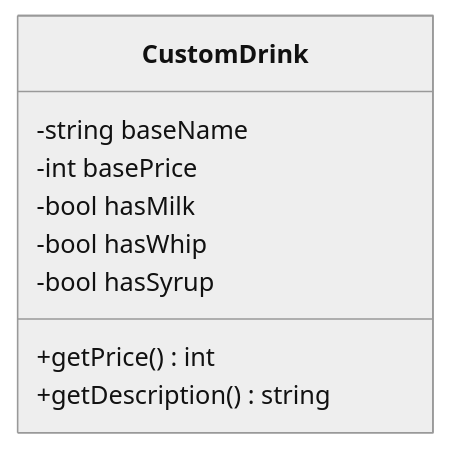
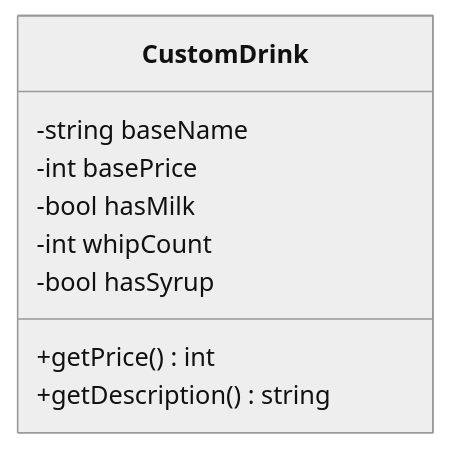
Before and after one commit to kumachan1101-pixel/DesignPattern: the first of 5 diagrams in kindle/design-patterns/output/chapter06.md, drawn with Mermaid (neutral theme). The commit also changed other lines of this file and 1 other file, not shown here.

````diff
--- a/kindle/design-patterns/output/chapter06.md
+++ b/kindle/design-patterns/output/chapter06.md
@@ -75,12 +71,12 @@
 ```mermaid
 classDiagram
     class CustomDrink {
         -string baseName
         -int basePrice
         -bool hasMilk
-        -bool hasWhip
+        -int whipCount
         -bool hasSyrup
         +getPrice() int
         +getDescription() string
     }
 ```
````
